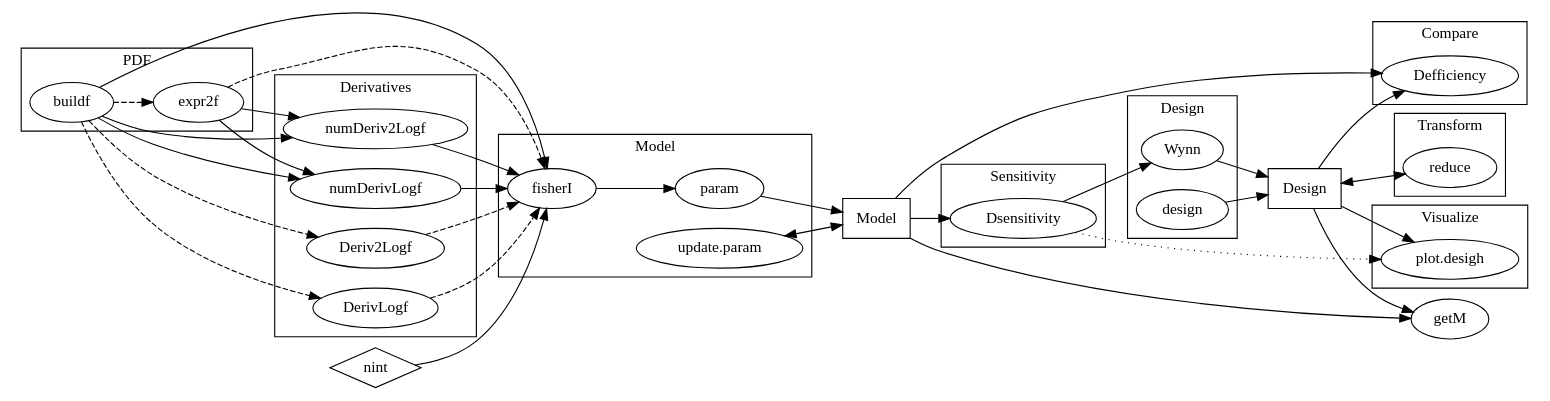
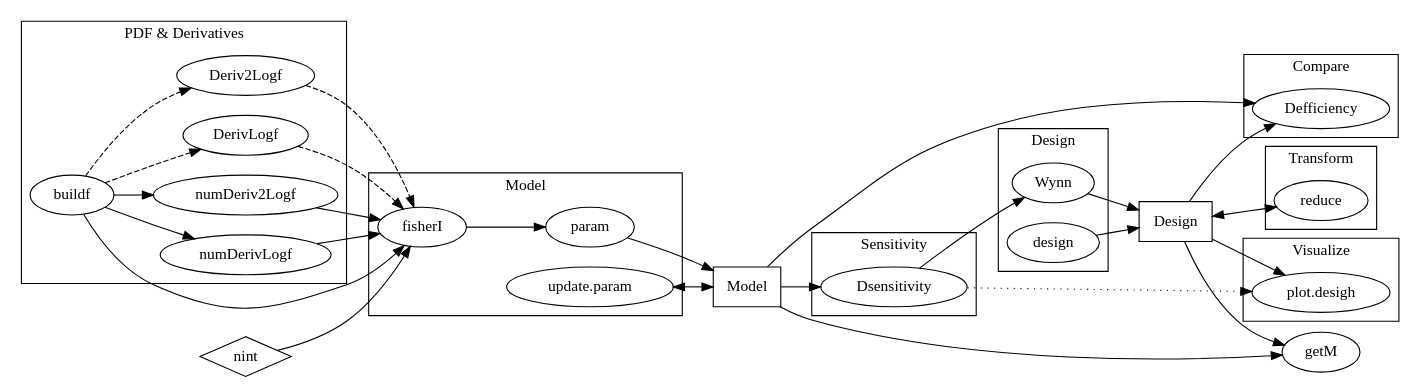
Before and after one commit to arappold/docopulae: the diagram in misc/workflow.dot, drawn with Graphviz. The commit also changed 4 other files, not shown here.

Commit message:
updated graphs, getM returns named matrix

```diff
--- a/misc/workflow.dot
+++ b/misc/workflow.dot
@@ -1,104 +1,96 @@
 digraph {
     rankdir = LR
 
-    subgraph cluster_buildPDF {
-        label = "PDF"
+    subgraph cluster_PDFDeriv {
+        label = "PDF & Derivatives"
         fontname = bold
-        buildf -> expr2f [style=dashed]
-    }
-
-    subgraph cluster_deriv {
-        label = "Derivatives"
-        fontname = bold
+        buildf
         numDerivLogf
         numDeriv2Logf
         DerivLogf
         Deriv2Logf
     }
 
     buildf -> numDerivLogf
     buildf -> numDeriv2Logf
-    expr2f -> numDerivLogf
-    expr2f -> numDeriv2Logf
     buildf -> DerivLogf [style=dashed]
     buildf -> Deriv2Logf [style=dashed]
 
     nint [shape=diamond]
     Model [shape=box]
 
     subgraph cluster_model {
         label = "Model"
         fontname = bold
         fisherI
         { rank=same param "update.param" }
         fisherI -> param
     }
 
     buildf -> fisherI
-    expr2f -> fisherI [style=dashed]
     numDerivLogf -> fisherI
     numDeriv2Logf -> fisherI
     DerivLogf -> fisherI [style=dashed]
     Deriv2Logf -> fisherI [style=dashed]
     nint -> fisherI
     param -> Model
     "update.param" -> Model [dir=both]
 
     subgraph cluster_sens {
         label = "Sensitivity"
         fontname = bold
         Dsensitivity
     }
 
     Model -> Dsensitivity
 
     Design [shape=box]
 
     subgraph cluster_design {
         label = "Design"
         fontname = bold
         Wynn
         design
     }
 
     Dsensitivity -> Wynn
     Wynn -> Design
     design -> Design
 
     subgraph cluster_compare {
         label = "Compare"
         fontname = bold
         Defficiency
     }
 
     Design -> Defficiency
     Model -> Defficiency
 
     subgraph cluster_transform {
         label = "Transform"
         fontname = bold
         reduce
     }
 
     Design -> reduce [dir=both]
 
     subgraph cluster_visualize {
         label = "Visualize"
         fontname = bold
         "plot.desigh"
     }
 
     Design -> "plot.desigh"
     Dsensitivity -> "plot.desigh" [style=dotted]
 
     Model -> getM
     Design -> getM
 
     //subgraph cluster_helper {
         //integrateA
         //rowmatch
         //roworder
         //seq1
         //getM
     //}
 }
```
